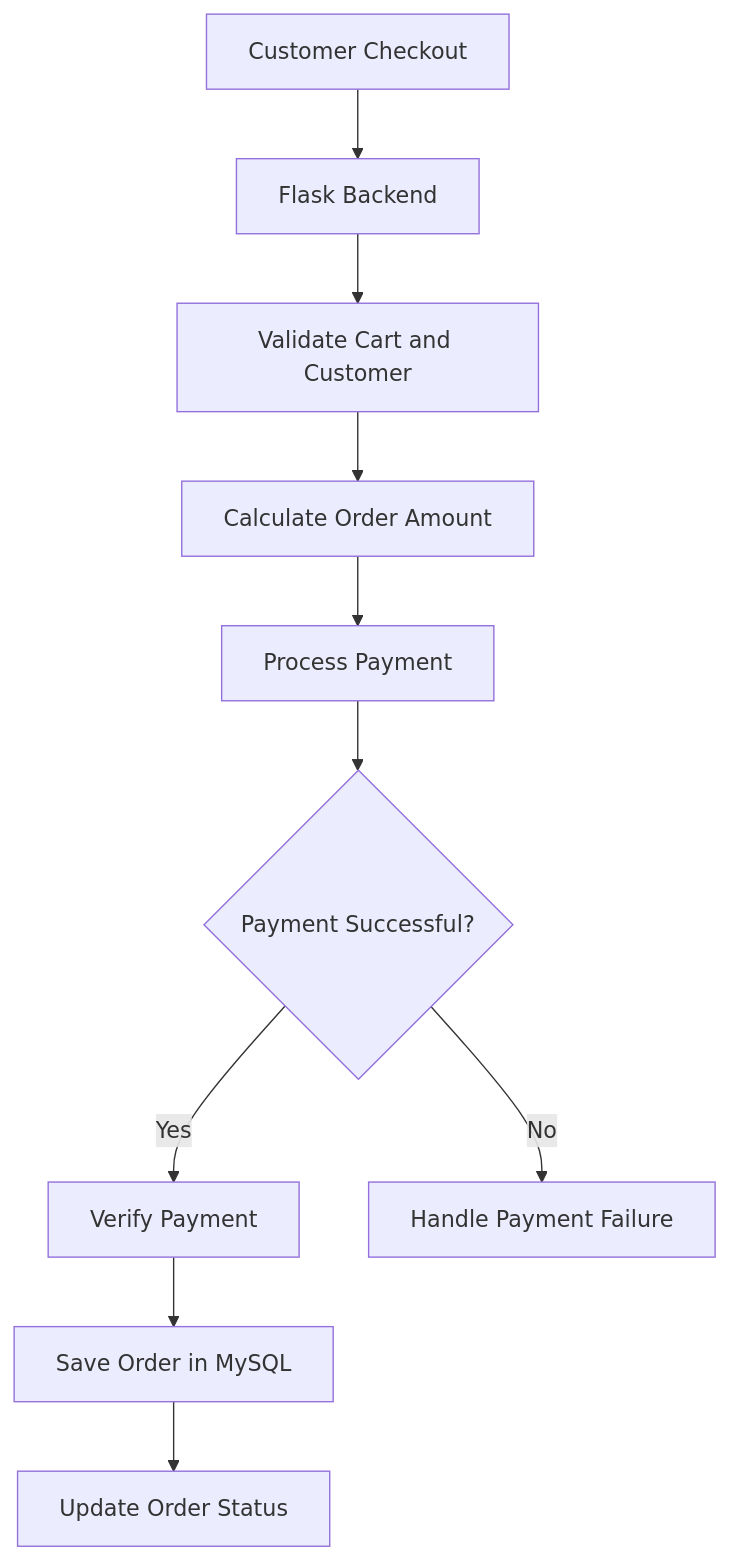
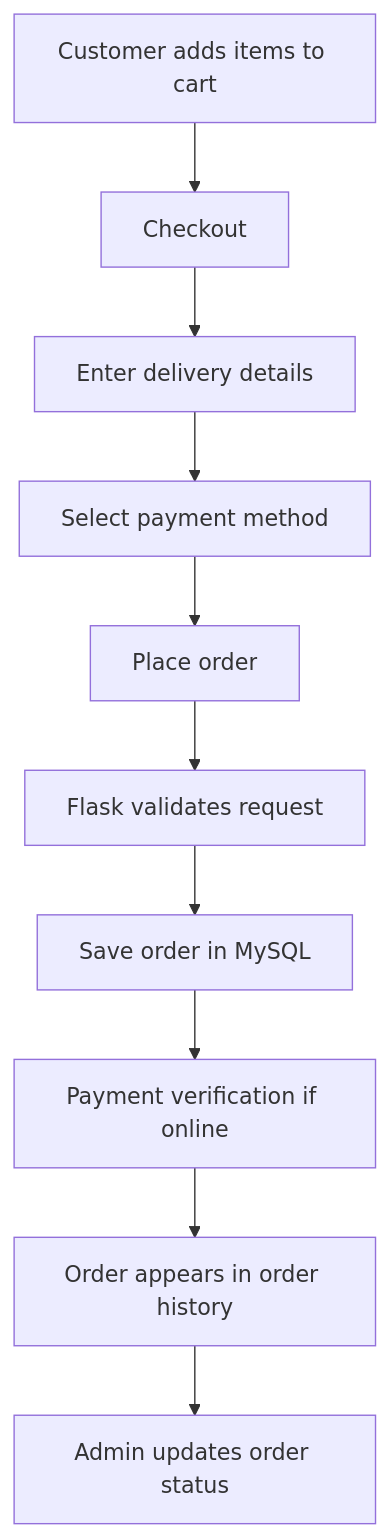
The second of 2 diagrams in README.md (Abinayaa1006/CraveLane), drawn with Mermaid before and after one commit. The commit also changed other lines of this file, not shown here.

First line of the commit message:
Revise README for dual-database and synchronization details

````diff
--- a/README.md
+++ b/README.md
@@ -134,12 +188,12 @@
 ```mermaid
 flowchart TD
-    A[Customer Checkout] --> B[Flask Backend]
-    B --> C[Validate Cart and Customer]
-    C --> D[Calculate Order Amount]
-    D --> E[Process Payment]
-    E --> F{Payment Successful?}
-    F -->|Yes| G[Verify Payment]
-    G --> H[Save Order in MySQL]
-    H --> I[Update Order Status]
-    F -->|No| J[Handle Payment Failure]
+    A[Customer adds items to cart] --> B[Checkout]
+    B --> C[Enter delivery details]
+    C --> D[Select payment method]
+    D --> E[Place order]
+    E --> F[Flask validates request]
+    F --> G[Save order in MySQL]
+    G --> H[Payment verification if online]
+    H --> I[Order appears in order history]
+    I --> J[Admin updates order status]
 ```
````
